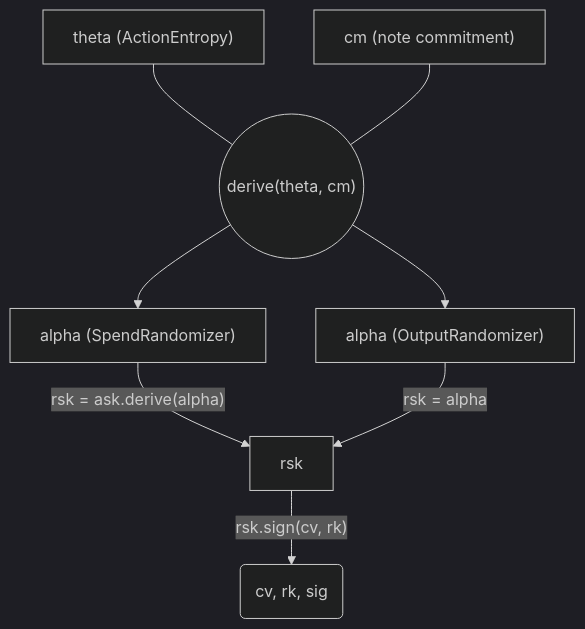
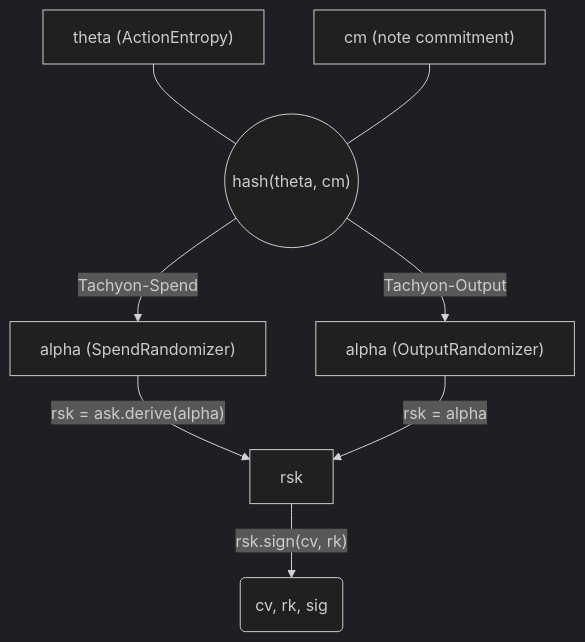
The first of 2 diagrams in book/src/authorization.md (tachyon-zcash/tachyon), drawn with Mermaid (dark theme) before and after one commit. The commit also changed other lines of this file and 3 other files, not shown here.

Commit message:
domian-separate spend and output alphas

````diff
--- a/book/src/authorization.md
+++ b/book/src/authorization.md
@@ -11,15 +11,18 @@
 ```mermaid
 flowchart TB
     theta["theta (ActionEntropy)"]
     cm["cm (note commitment)"]
-    hash(("derive(theta, cm)"))
+    hash(("hash(theta, cm)"))
 
-    theta & cm --- hash --> spend_alpha & output_alpha
+    theta & cm --- hash 
+    
+    hash -->|"Tachyon-Spend"| spend_alpha 
+    hash -->|"Tachyon-Output"| output_alpha
 
     spend_alpha["alpha (SpendRandomizer)"]
     output_alpha["alpha (OutputRandomizer)"]
 
     spend_alpha -->|"rsk = ask.derive(alpha)"| rsk
 
     output_alpha -->|"rsk = alpha"| rsk -->|"rsk.sign(cv, rk)"| action(cv, rk, sig)
 ```
````
